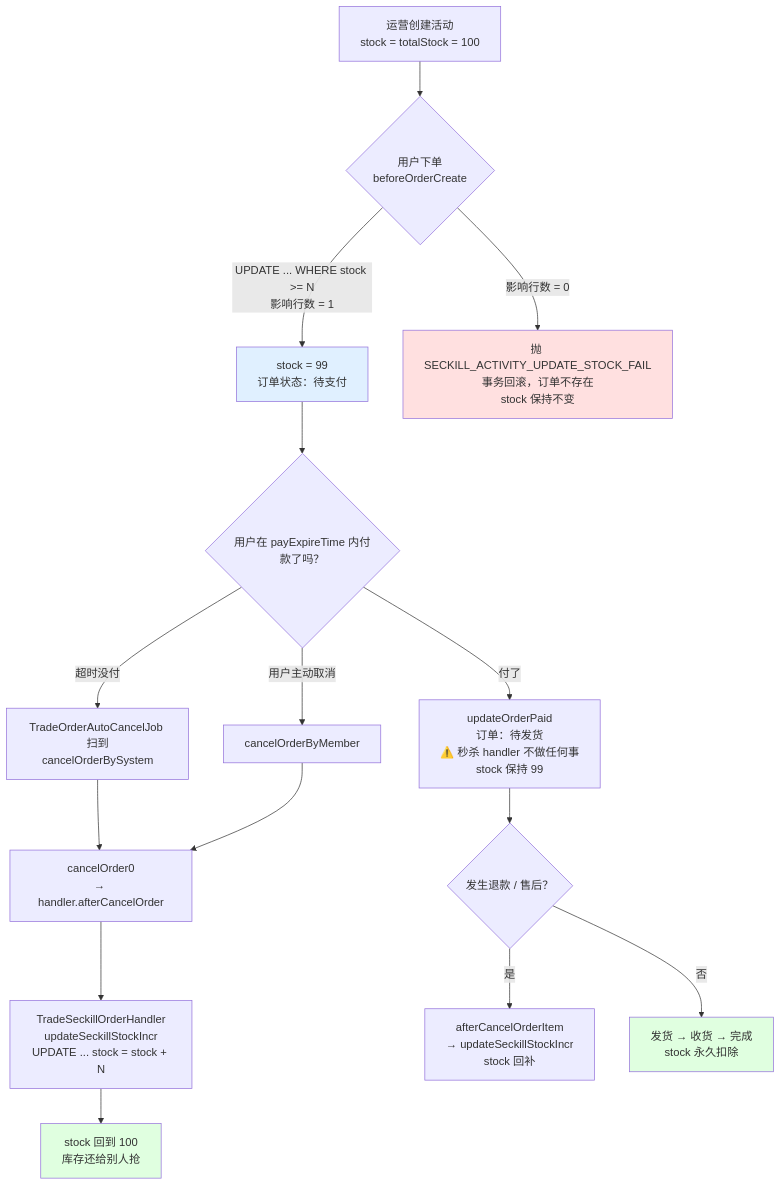
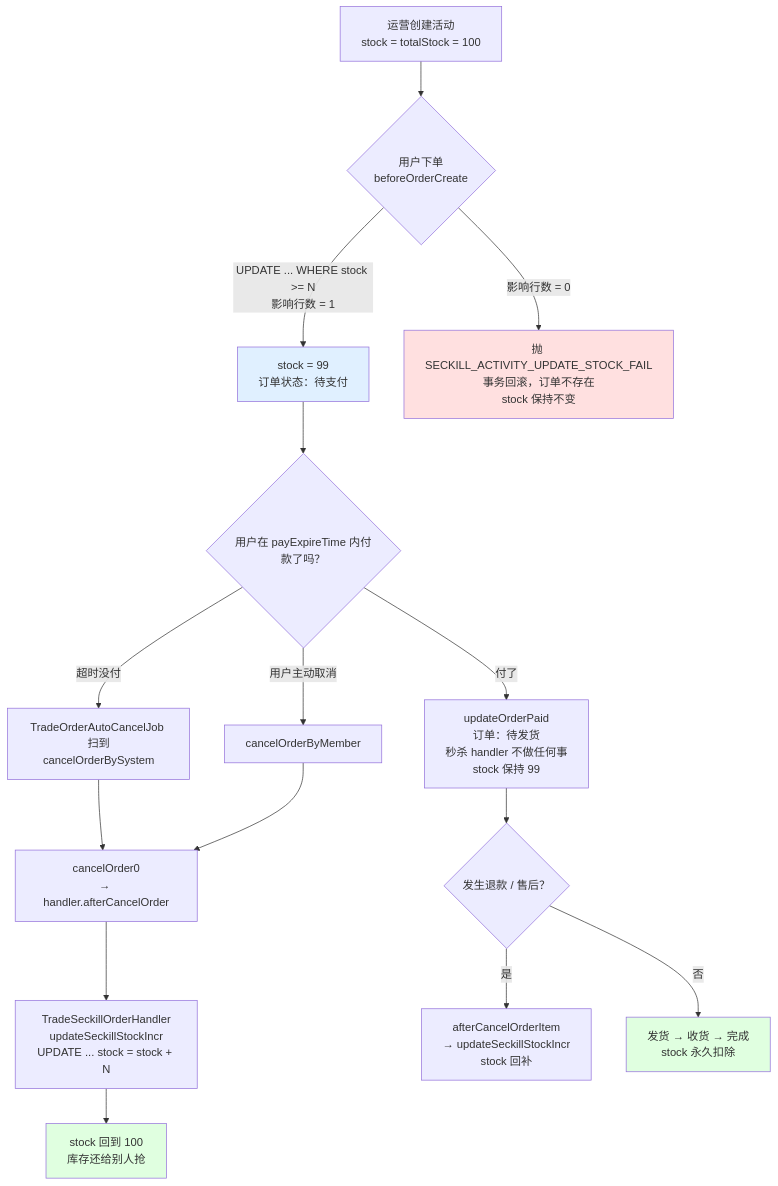
The second of 2 diagrams in 2026-07_秒杀系统源码拆解/3_芋道ruoyi_vue_pro秒杀链路全解.md (congwa/agent-dev), drawn with Mermaid before and after one commit. The commit also changed other lines of this file and 123 other files, not shown here.

````diff
--- a/2026-07_秒杀系统源码拆解/3_芋道ruoyi_vue_pro秒杀链路全解.md
+++ b/2026-07_秒杀系统源码拆解/3_芋道ruoyi_vue_pro秒杀链路全解.md
@@ -1796,25 +1796,25 @@
 ```mermaid
 flowchart TD
     A["运营创建活动<br/>stock = totalStock = 100"] --> B{"用户下单<br/>beforeOrderCreate"}
     B -->|"UPDATE ... WHERE stock >= N<br/>影响行数 = 1"| C["stock = 99<br/>订单状态：待支付"]
     B -->|"影响行数 = 0"| X["抛 SECKILL_ACTIVITY_UPDATE_STOCK_FAIL<br/>事务回滚，订单不存在<br/>stock 保持不变"]
 
     C --> D{"用户在 payExpireTime 内付款了吗？"}
-    D -->|"付了"| E["updateOrderPaid<br/>订单：待发货<br/>⚠️ 秒杀 handler 不做任何事<br/>stock 保持 99"]
+    D -->|"付了"| E["updateOrderPaid<br/>订单：待发货<br/>秒杀 handler 不做任何事<br/>stock 保持 99"]
     D -->|"超时没付"| F["TradeOrderAutoCancelJob 扫到<br/>cancelOrderBySystem"]
     D -->|"用户主动取消"| F2["cancelOrderByMember"]
 
     F --> G["cancelOrder0<br/>→ handler.afterCancelOrder"]
     F2 --> G
     G --> H["TradeSeckillOrderHandler<br/>updateSeckillStockIncr<br/>UPDATE ... stock = stock + N"]
     H --> I["stock 回到 100<br/>库存还给别人抢"]
 
     E --> J{"发生退款 / 售后？"}
     J -->|"是"| K["afterCancelOrderItem<br/>→ updateSeckillStockIncr<br/>stock 回补"]
     J -->|"否"| L["发货 → 收货 → 完成<br/>stock 永久扣除"]
 
     style X fill:#ffe0e0
     style C fill:#e0f0ff
     style I fill:#e0ffe0
     style L fill:#e0ffe0
 ```
````
